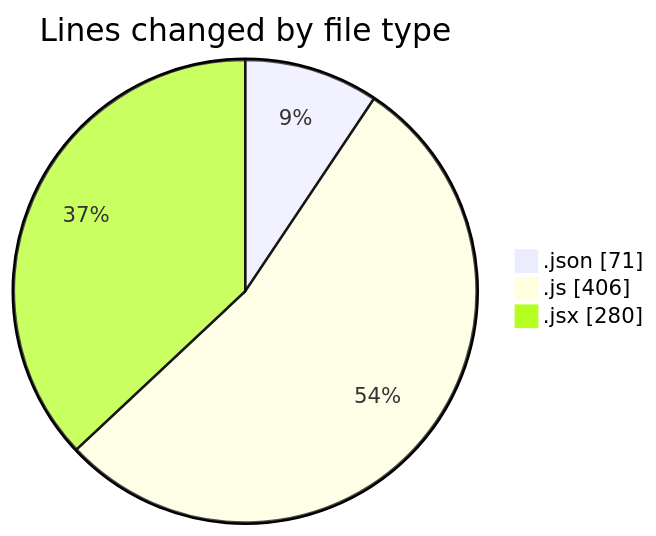
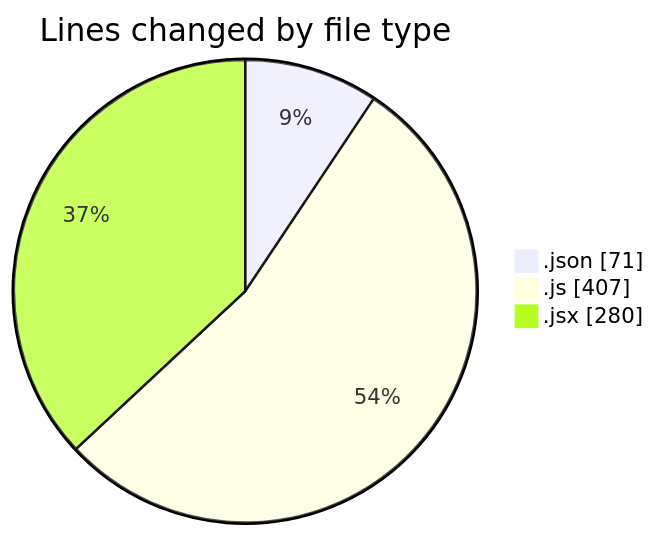
The first of 2 diagrams in 2025-05-13/cda/README.md (momahboobian/code-tracking), drawn with Mermaid before and after one commit. The commit also changed other lines of this file and 1 other file, not shown here.

````diff
--- a/2025-05-13/cda/README.md
+++ b/2025-05-13/cda/README.md
@@ -24,7 +24,7 @@
 ```mermaid
 pie showData
 title Lines changed by file type
 ".json" : 71
-".js" : 406
+".js" : 407
 ".jsx" : 280
 ```
````
